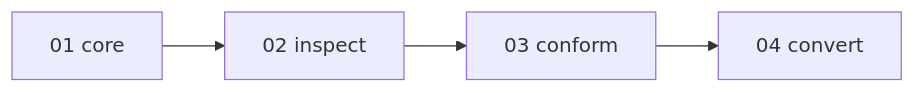
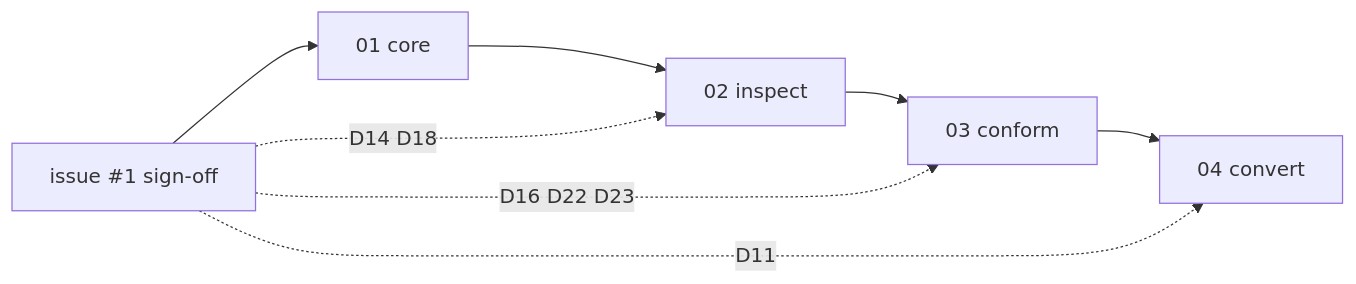
The second of 2 diagrams in TODO.plan/00-overview.md (claricle/claricle), drawn with Mermaid before and after one commit. The commit also changed other lines of this file and 4 other files, not shown here.

````diff
--- a/TODO.plan/00-overview.md
+++ b/TODO.plan/00-overview.md
@@ -54,4 +54,8 @@
 ```mermaid
 flowchart LR
-    I01[01 core] --> I02[02 inspect] --> I03[03 conform] --> I04[04 convert]
+    SO["issue #1 sign-off"] --> I01[01 core]
+    I01 --> I02[02 inspect] --> I03[03 conform] --> I04[04 convert]
+    SO -. D14 D18 .-> I02
+    SO -. D16 D22 D23 .-> I03
+    SO -. D11 .-> I04
 ```
````
